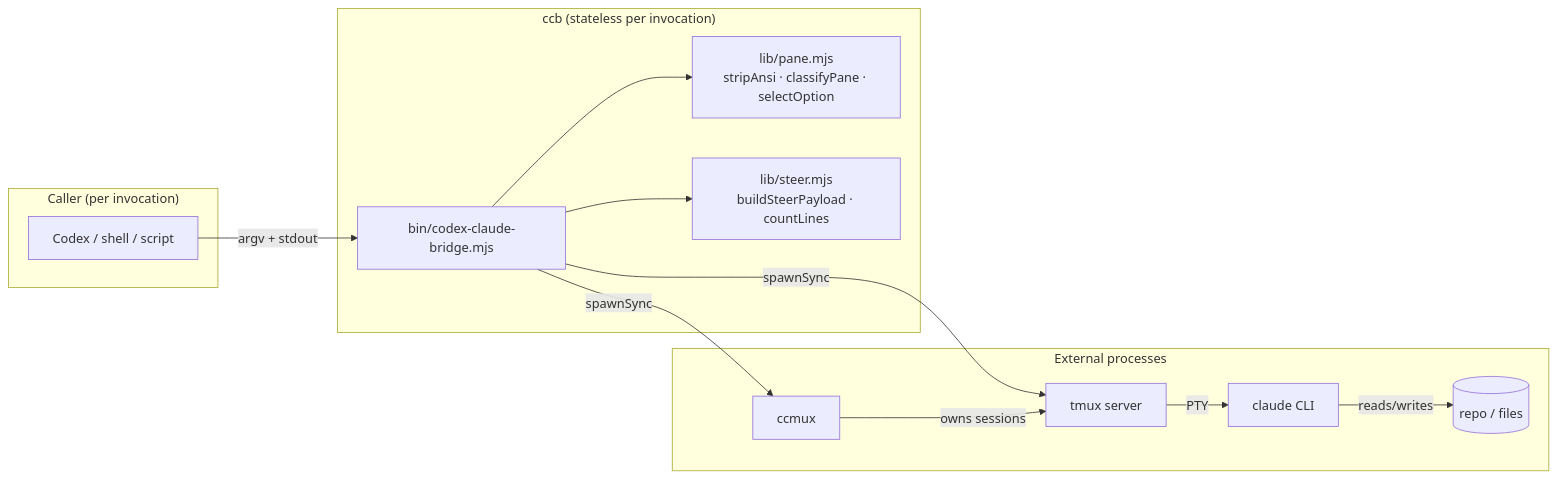
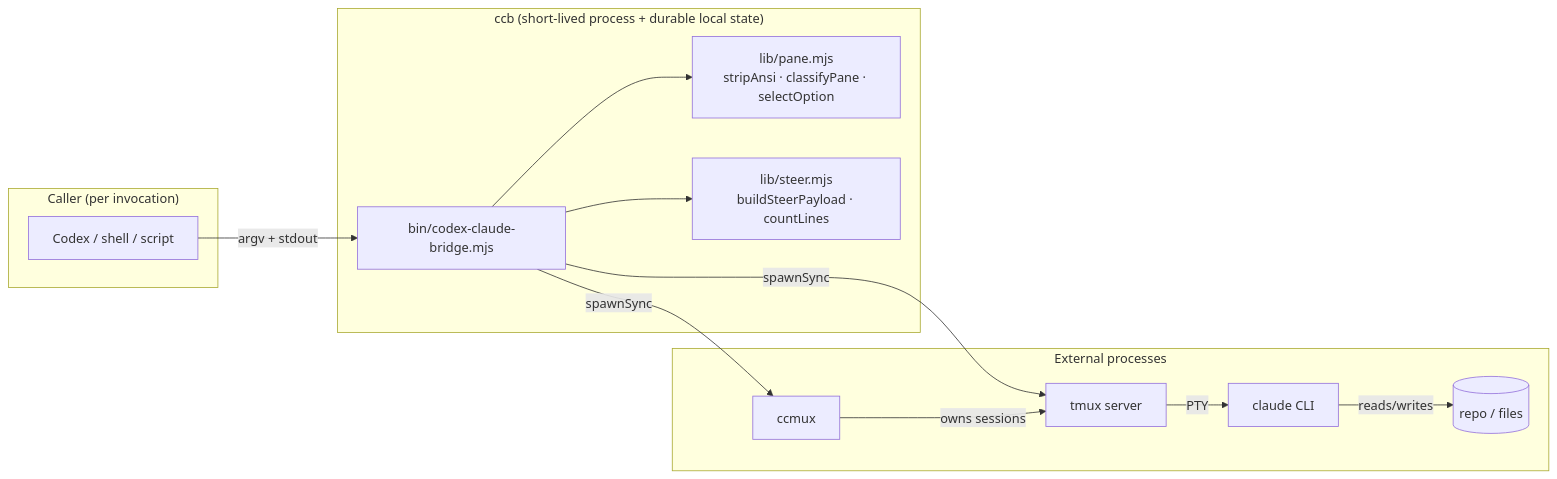
Before and after one commit to kyooosukedn/codex-claude-bridge: the second of 2 diagrams in docs/ARCHITECTURE.md, drawn with Mermaid. The commit also changed other lines of this file and 13 other files, not shown here.

````diff
--- a/docs/ARCHITECTURE.md
+++ b/docs/ARCHITECTURE.md
@@ -60,28 +60,28 @@
 ```mermaid
 flowchart LR
     subgraph Caller["Caller (per invocation)"]
         CODEX[Codex / shell / script]
     end
 
-    subgraph Bridge["ccb (stateless per invocation)"]
+    subgraph Bridge["ccb (short-lived process + durable local state)"]
         BIN[bin/codex-claude-bridge.mjs]
         PANElIB[lib/pane.mjs<br/>stripAnsi · classifyPane · selectOption]
         STEERLIB[lib/steer.mjs<br/>buildSteerPayload · countLines]
         BIN --> PANElIB
         BIN --> STEERLIB
     end
 
     subgraph External["External processes"]
         CCMUX[ccmux]
         TMUX[tmux server]
         CLAUDE[claude CLI]
         REPO[(repo / files)]
     end
 
     CODEX -- argv + stdout --> BIN
     BIN -- spawnSync --> CCMUX
     BIN -- spawnSync --> TMUX
     CCMUX -- owns sessions --> TMUX
     TMUX -- PTY --> CLAUDE
     CLAUDE -- reads/writes --> REPO
 ```
````
